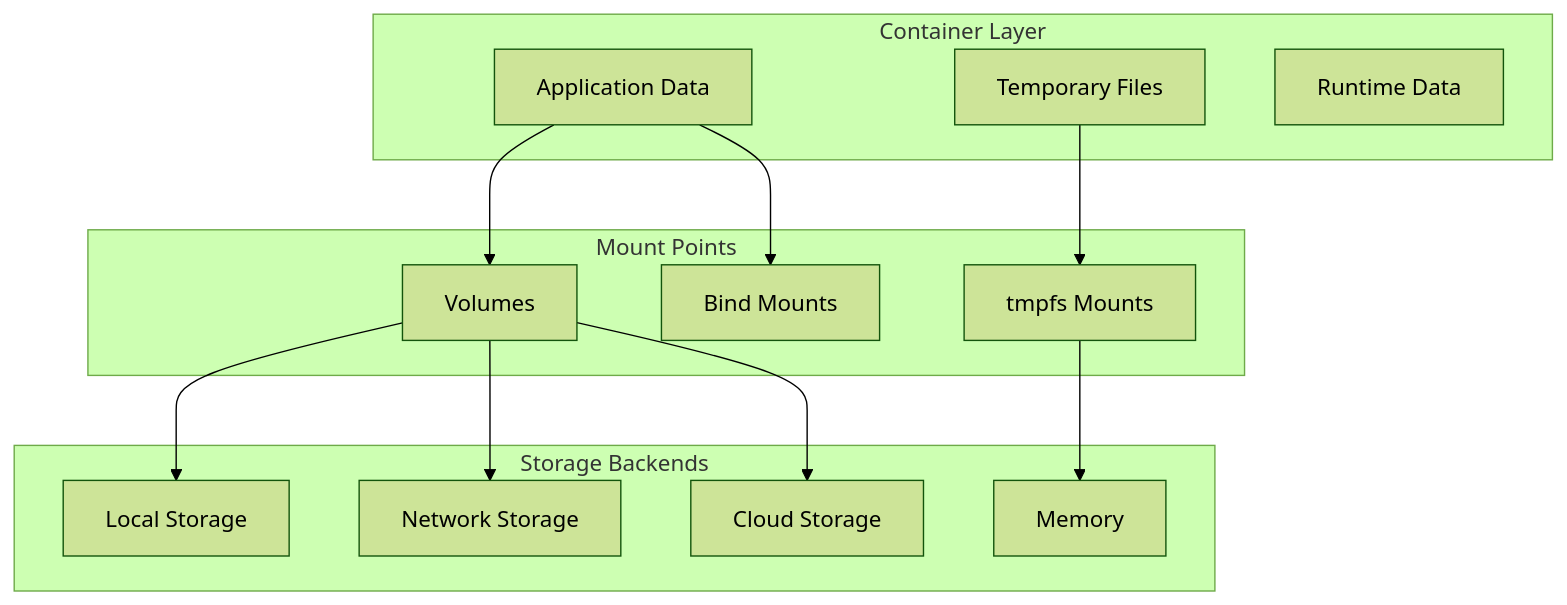
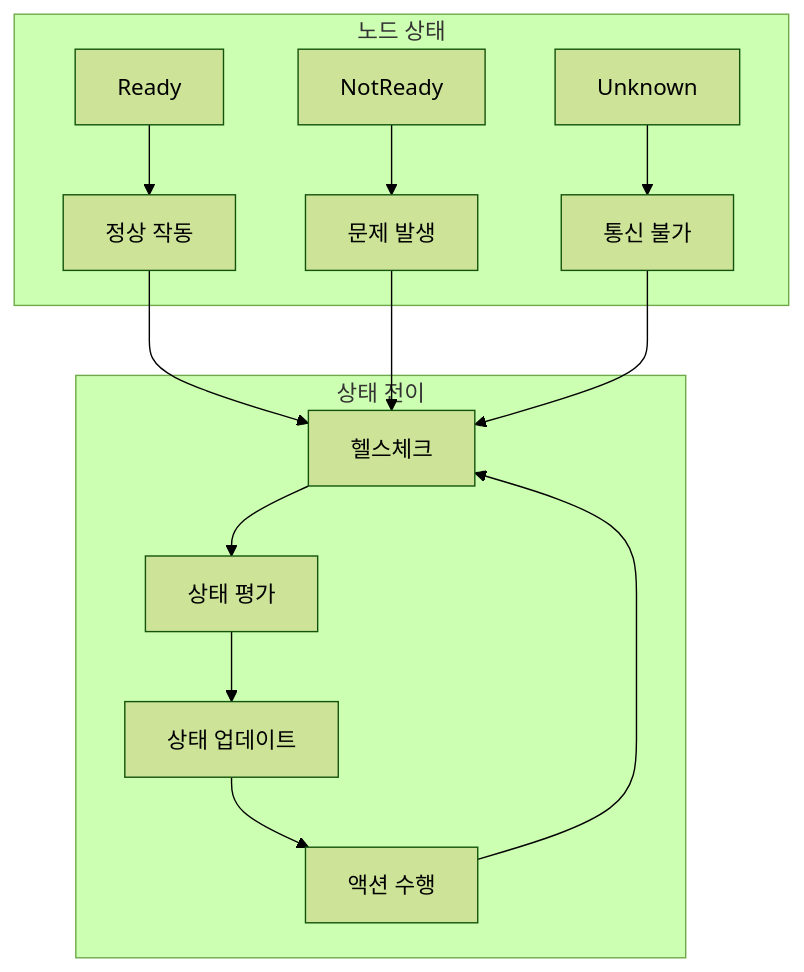
Before and after one commit to niceguy61/kdt_devops_lecture_2025: the fourth of 4 diagrams in week_02/day_01/session_04.md, drawn with Mermaid (forest theme). The commit also changed other lines of this file and 38 other files, not shown here.

````diff
--- a/week_02/day_01/session_04.md
+++ b/week_02/day_01/session_04.md
@@ -15,29 +149,19 @@
 ```mermaid
 graph TB
-    subgraph "Container Layer"
-        A[Application Data]
-        B[Temporary Files]
-        C[Runtime Data]
+    subgraph "노드 상태"
+        A[Ready] --> B[정상 작동]
+        C[NotReady] --> D[문제 발생]
+        E[Unknown] --> F[통신 불가]
     end
     
-    subgraph "Mount Points"
-        D[Volumes]
-        E[Bind Mounts]
-        F[tmpfs Mounts]
+    subgraph "상태 전이"
+        G[헬스체크] --> H[상태 평가]
+        H --> I[상태 업데이트]
+        I --> J[액션 수행]
+        J --> G
     end
     
-    subgraph "Storage Backends"
-        G[Local Storage]
-        H[Network Storage]
-        I[Cloud Storage]
-        J[Memory]
-    end
-    
-    A --> D
-    A --> E
-    B --> F
+    B --> G
     D --> G
-    D --> H
-    D --> I
-    F --> J
+    F --> G
 ```
````
